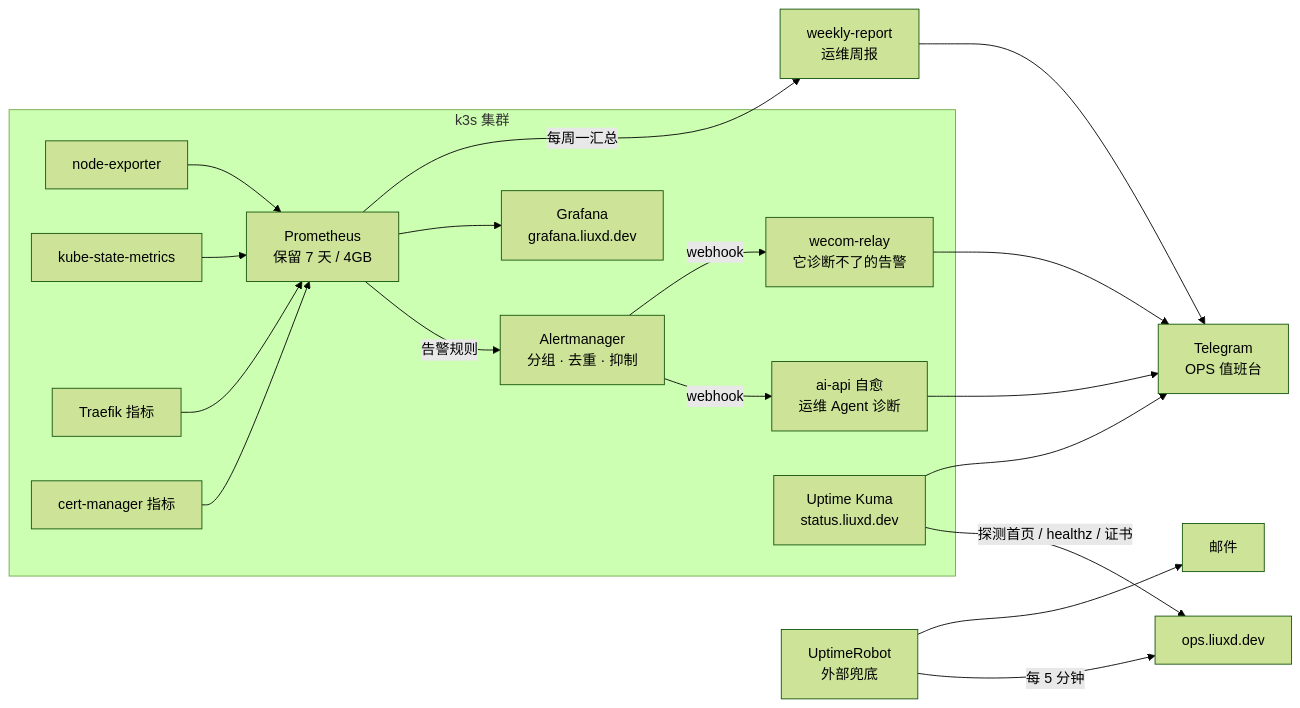
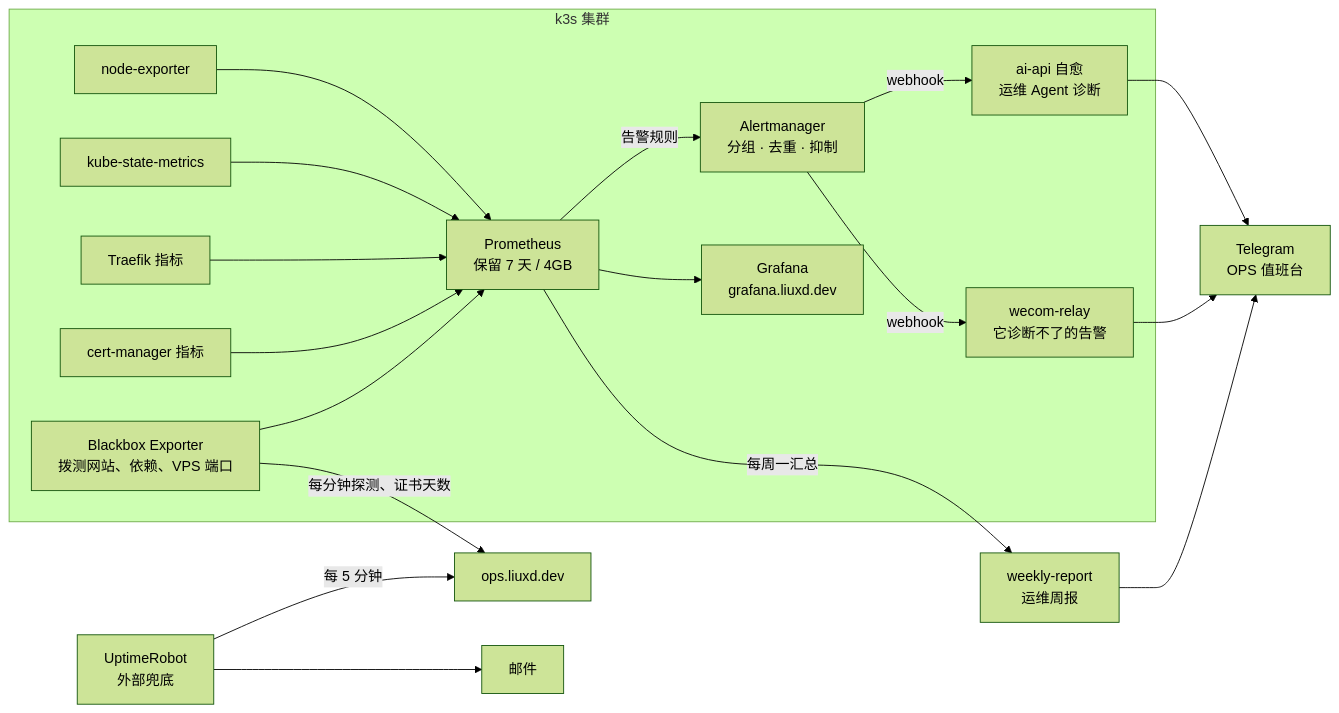
The second of 2 diagrams in docs/architecture.md (roccowork/ai-portfolio), drawn with Mermaid (forest theme) before and after one commit. The commit also changed other lines of this file and 26 other files, not shown here.

First line of the commit message:
停用 Uptime Kuma，可用性监控只留 Blackbox 一套

````diff
--- a/docs/architecture.md
+++ b/docs/architecture.md
@@ -84,22 +84,21 @@
 ```mermaid
 flowchart LR
   subgraph k3s[k3s 集群]
     ne[node-exporter] --> prom[Prometheus<br/>保留 7 天 / 4GB]
     ksm[kube-state-metrics] --> prom
     tr[Traefik 指标] --> prom
     cm[cert-manager 指标] --> prom
     prom -- 告警规则 --> am[Alertmanager<br/>分组 · 去重 · 抑制]
     am -- webhook --> heal[ai-api 自愈<br/>运维 Agent 诊断]
     am -- webhook --> relay[wecom-relay<br/>它诊断不了的告警]
     prom --> graf[Grafana<br/>grafana.liuxd.dev]
-    kuma[Uptime Kuma<br/>status.liuxd.dev]
+    bb[Blackbox Exporter<br/>拨测网站、依赖、VPS 端口] --> prom
   end
   prom -- 每周一汇总 --> weekly[weekly-report<br/>运维周报]
   heal --> tg[Telegram<br/>OPS 值班台]
   relay --> tg
   weekly --> tg
-  kuma -- 探测首页 / healthz / 证书 --> site[ops.liuxd.dev]
-  kuma --> tg
+  bb -- 每分钟探测、证书天数 --> site[ops.liuxd.dev]
   ur[UptimeRobot<br/>外部兜底] -- 每 5 分钟 --> site
   ur --> mail[邮件]
 ```
````
